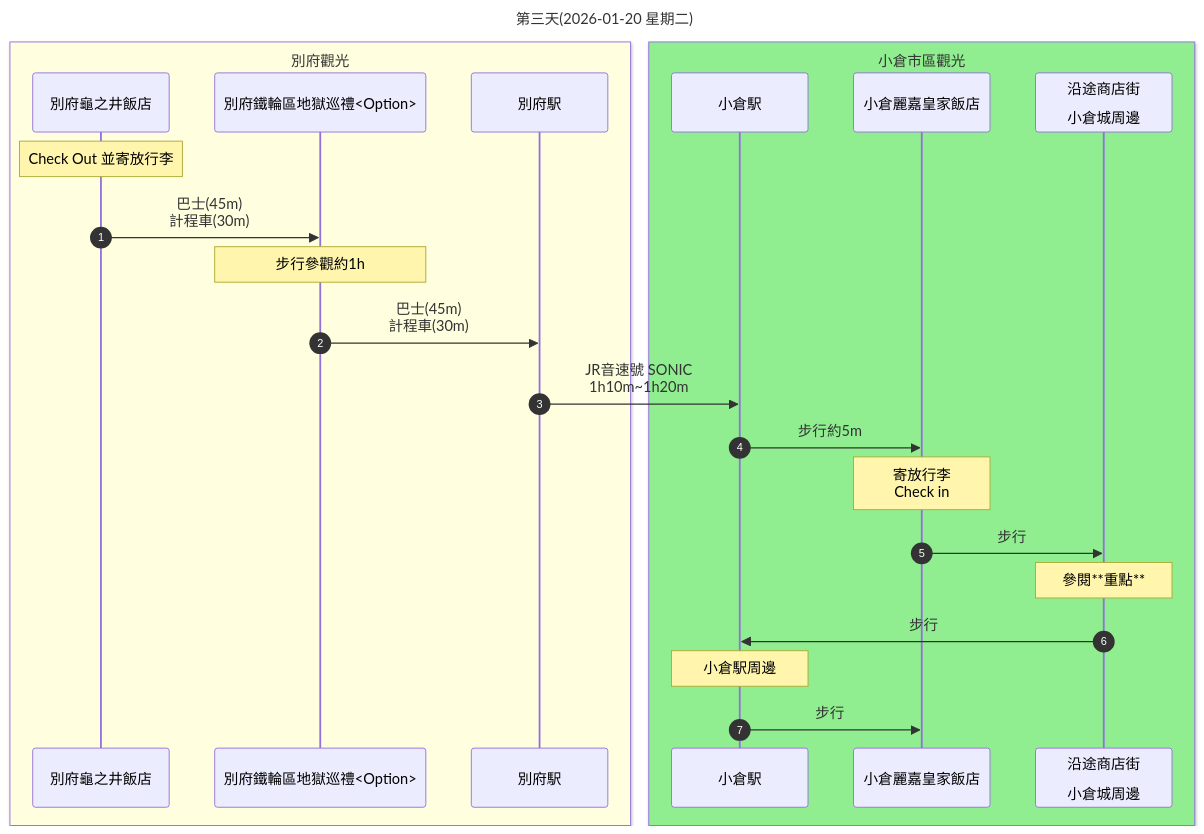
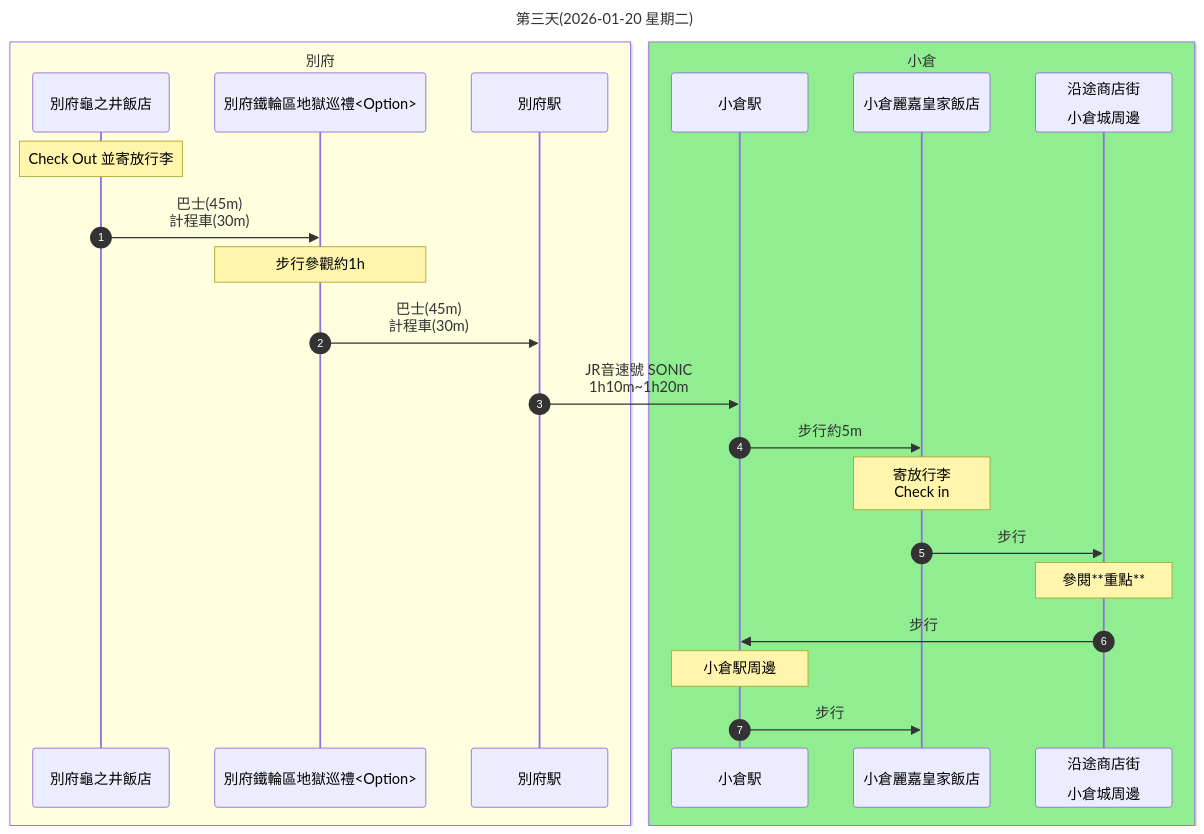
Before and after one commit to Shuming-Yang/2026-January-Trip: the third of 8 diagrams in 行程規劃A.md, drawn with Mermaid. The commit also changed other lines of this file, not shown here.

````diff
--- a/行程規劃A.md
+++ b/行程規劃A.md
@@ -116,28 +116,28 @@
 ```mermaid
 sequenceDiagram
     autonumber
     title: 第三天(2026-01-20 星期二)
-    box lightyellow 別府觀光
+    box lightyellow 別府
     participant A as 別府龜之井飯店
     participant B as 別府鐵輪區地獄巡禮<Option>
     participant C as 別府駅
     end
-    box lightgreen 小倉市區觀光
+    box lightgreen 小倉
     participant D as 小倉駅
     participant E as 小倉麗嘉皇家飯店
     participant F as 沿途商店街<br><br>小倉城周邊
     end
     Note over A: Check Out 並寄放行李
     A ->> B: 巴士(45m)<br>計程車(30m)
     Note over B: 步行參觀約1h
     B ->> C: 巴士(45m)<br>計程車(30m)
     C ->> D: JR音速號 SONIC<br>1h10m~1h20m
     D ->> E: 步行約5m
     Note over E: 寄放行李<br>Check in
     E ->> F: 步行
     Note over F: 參閱**重點**
     F ->> D: 步行
     Note over D: 小倉駅周邊
     D ->> E: 步行
 
 ```
````
